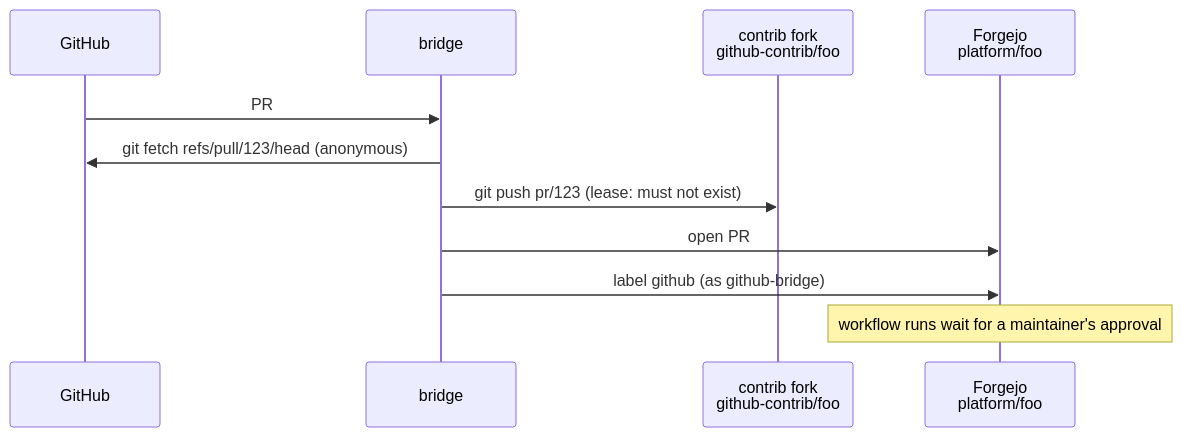
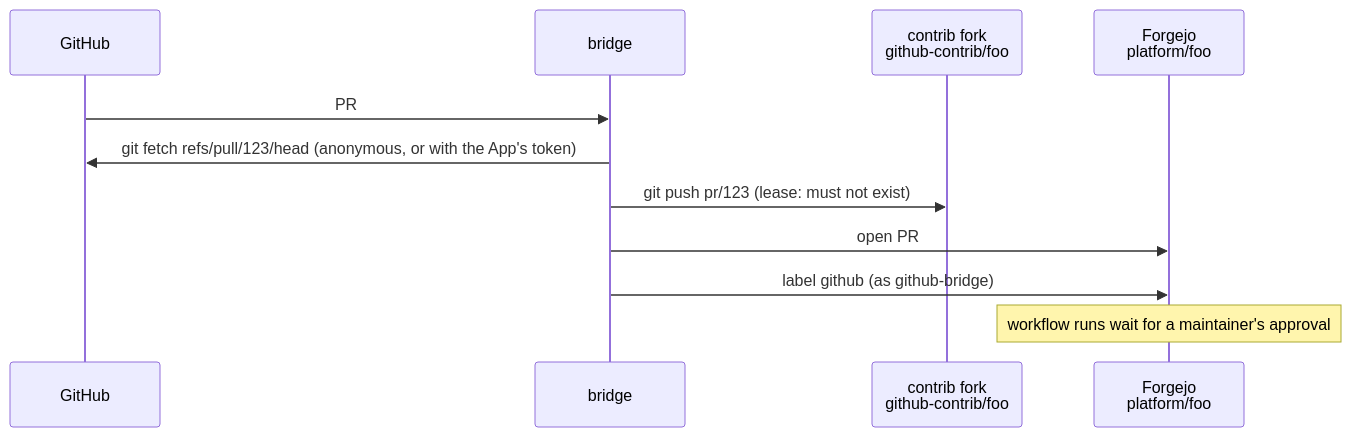
Before and after one commit to metapatrol/forgejo-github-bridge: the fourth of 6 diagrams in docs/design.md, drawn with Mermaid. The commit also changed other lines of this file and 9 other files, not shown here.

First line of the commit message:
feat: import pull requests from private GitHub repositories

````diff
--- a/docs/design.md
+++ b/docs/design.md
@@ -322,13 +323,13 @@
 ```mermaid
 sequenceDiagram
   participant GH as GitHub
   participant B as bridge
   participant C as contrib fork<br/>github-contrib/foo
   participant F as Forgejo<br/>platform/foo
   GH->>B: PR #123 opened (seen by a poll)
-  B->>GH: git fetch refs/pull/123/head (anonymous)
+  B->>GH: git fetch refs/pull/123/head (anonymous, or with the App's token)
   B->>C: git push pr/123 (lease: must not exist)
   B->>F: open PR #88 from github-contrib:pr/123 into develop (as github-contrib)
   B->>F: label github (as github-bridge)
   Note over F: workflow runs wait for a maintainer's approval
 ```
````
